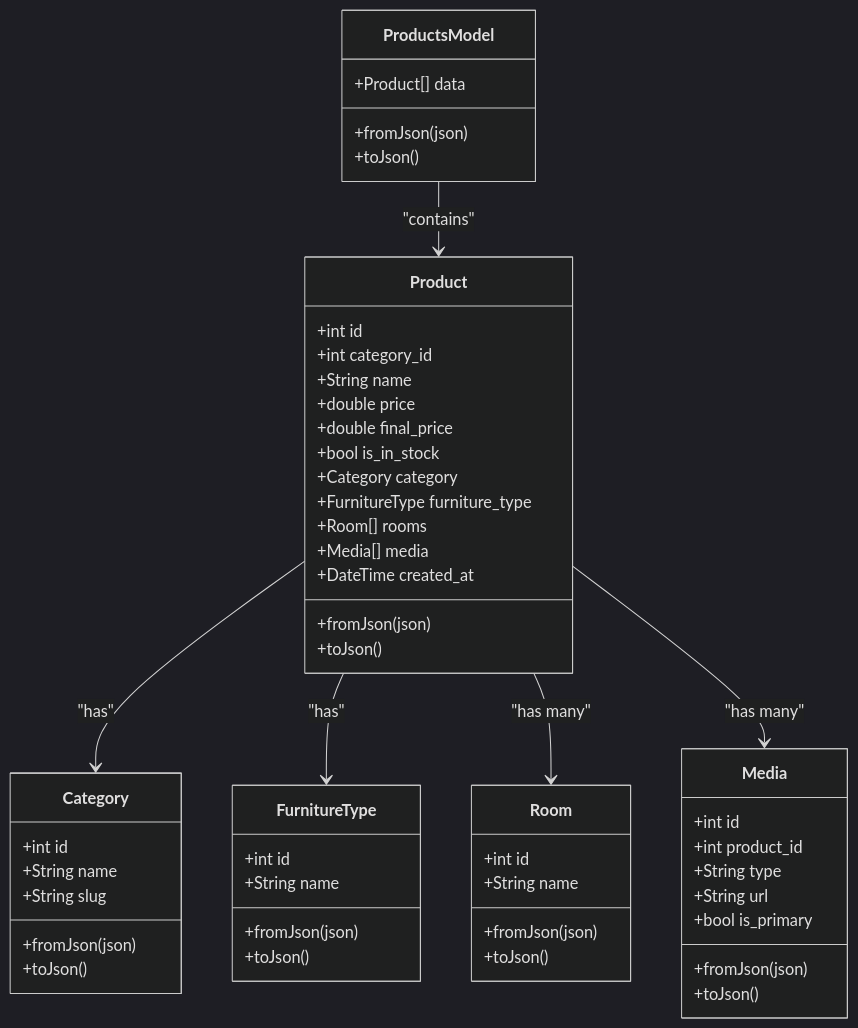
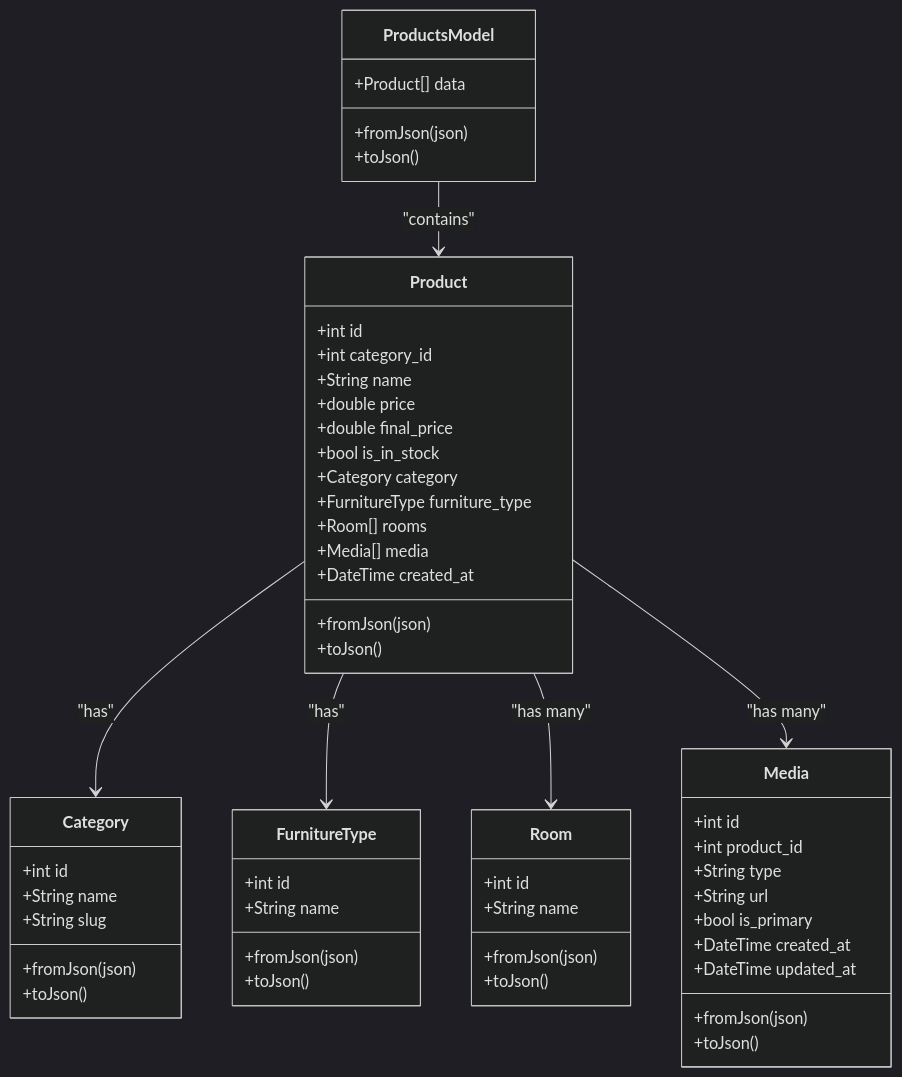
Before and after one commit to Ariful3111/FurniGo: the third of 10 diagrams in .qoder/repowiki/en/content/Core Features/E-commerce Platform/E-commerce Platform.md, drawn with Mermaid (dark theme). The commit also changed other lines of this file and 16 other files, not shown here.

````diff
--- a/.qoder/repowiki/en/content/Core Features/E-commerce Platform/E-commerce Platform.md
+++ b/.qoder/repowiki/en/content/Core Features/E-commerce Platform/E-commerce Platform.md
@@ -218,56 +238,58 @@
 ```mermaid
 classDiagram
 class ProductsModel {
 +Product[] data
 +fromJson(json)
 +toJson()
 }
 class Product {
 +int id
 +int category_id
 +String name
 +double price
 +double final_price
 +bool is_in_stock
 +Category category
 +FurnitureType furniture_type
 +Room[] rooms
 +Media[] media
 +DateTime created_at
 +fromJson(json)
 +toJson()
 }
 class Category {
 +int id
 +String name
 +String slug
 +fromJson(json)
 +toJson()
 }
 class FurnitureType {
 +int id
 +String name
 +fromJson(json)
 +toJson()
 }
 class Room {
 +int id
 +String name
 +fromJson(json)
 +toJson()
 }
 class Media {
 +int id
 +int product_id
 +String type
 +String url
 +bool is_primary
++DateTime created_at
++DateTime updated_at
 +fromJson(json)
 +toJson()
 }
 ProductsModel --> Product : "contains"
 Product --> Category : "has"
 Product --> FurnitureType : "has"
 Product --> Room : "has many"
 Product --> Media : "has many"
 ```
````
